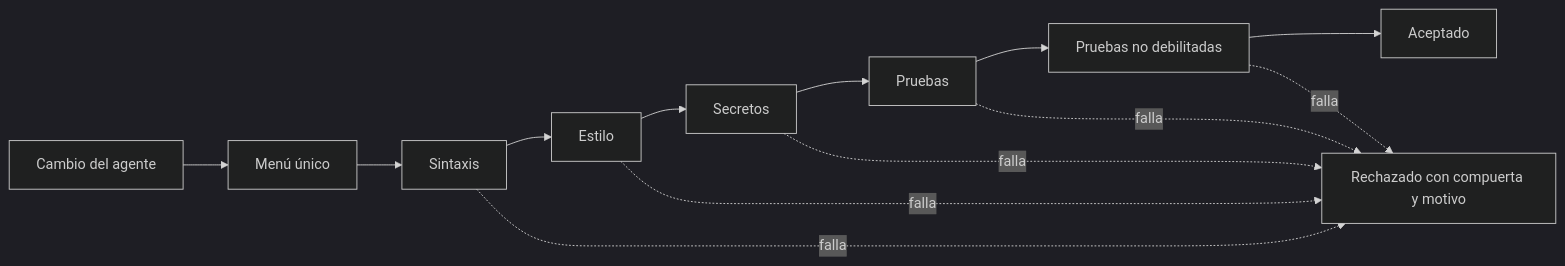
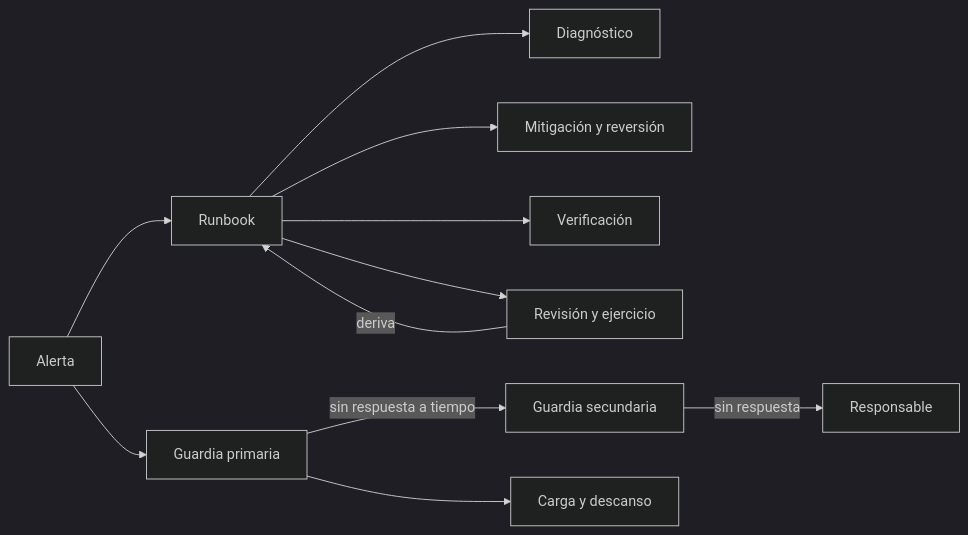
The diagram in content/part-41/SE-499.md (vladimiracunadev-create/modern-software-engineering-program), drawn with Mermaid (dark theme) before and after one commit. The commit also changed other lines of this file and 5193 other files, not shown here.

````diff
--- a/content/part-41/SE-499.md
+++ b/content/part-41/SE-499.md
@@ -56,15 +54,13 @@
 ```mermaid
 flowchart LR
-    C[Cambio del agente] --> M[Menú único]
-    M --> G1[Sintaxis]
-    G1 --> G2[Estilo]
-    G2 --> G3[Secretos]
-    G3 --> G4[Pruebas]
-    G4 --> G5[Pruebas no debilitadas]
-    G5 --> OK[Aceptado]
-    G1 -.falla.-> R[Rechazado con compuerta y motivo]
-    G2 -.falla.-> R
-    G3 -.falla.-> R
-    G4 -.falla.-> R
-    G5 -.falla.-> R
+    A[Alerta] --> B[Runbook]
+    B --> C[Diagnóstico]
+    B --> D[Mitigación y reversión]
+    B --> E[Verificación]
+    A --> F[Guardia primaria]
+    F -->|sin respuesta a tiempo| G[Guardia secundaria]
+    G -->|sin respuesta| H[Responsable]
+    F --> I[Carga y descanso]
+    B --> J[Revisión y ejercicio]
+    J -->|deriva| B
 ```
````
